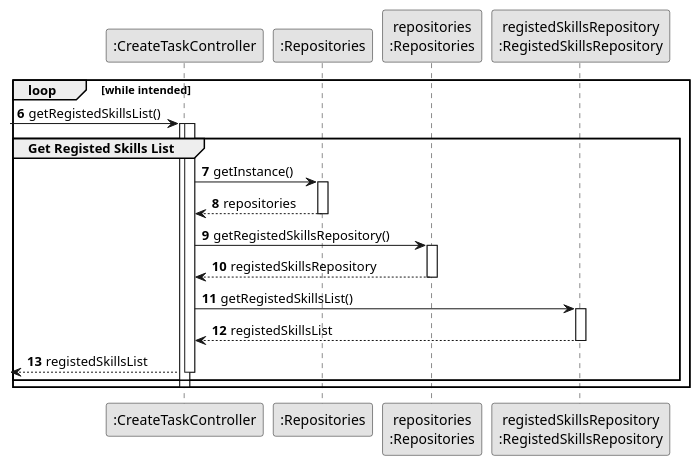
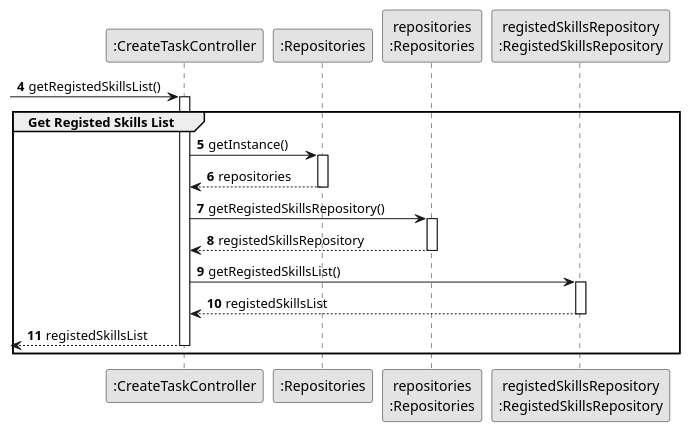
The diagram in docs/sprint2/us005/03.design/puml/us005-sequence-diagram-partial-registed-skills-list.puml (1231360-ISEP/lei-24-s2-1db-g021), drawn with PlantUML before and after one commit. The commit also changed 10 other files, not shown here.

Commit message:
Update US05 - Sequence Diagram Split, Full and Partial and SVG´s

```diff
--- a/docs/sprint2/us005/03.design/puml/us005-sequence-diagram-partial-registed-skills-list.puml
+++ b/docs/sprint2/us005/03.design/puml/us005-sequence-diagram-partial-registed-skills-list.puml
@@ -1,51 +1,43 @@
 @startuml
 skinparam monochrome true
 skinparam packageStyle rectangle
 skinparam shadowing false
 
 autonumber
 
 participant ":CreateTaskController" as CTRL
 participant ":Repositories" as RepositorySingleton
 participant "repositories\n:Repositories" as PLAT
 participant "registedSkillsRepository\n:RegistedSkillsRepository" as RegistedSkillsRepository
 
-autonumber 6
-
-loop while intended
-
+autonumber 4
 -> CTRL : getRegistedSkillsList()
 
-    activate CTRL
+activate CTRL
 
-    group Get Registed Skills List
+group Get Registed Skills List
 
-    activate CTRL
+    CTRL -> RepositorySingleton : getInstance()
+activate RepositorySingleton
 
-        CTRL -> RepositorySingleton : getInstance()
-    activate RepositorySingleton
+RepositorySingleton --> CTRL: repositories
+deactivate RepositorySingleton
 
-    RepositorySingleton --> CTRL: repositories
-    deactivate RepositorySingleton
+    CTRL -> PLAT : getRegistedSkillsRepository()
+activate PLAT
 
-        CTRL -> PLAT : getRegistedSkillsRepository()
-    activate PLAT
+PLAT --> CTRL: registedSkillsRepository
+deactivate PLAT
 
-    PLAT --> CTRL: registedSkillsRepository
-    deactivate PLAT
+    CTRL -> RegistedSkillsRepository : getRegistedSkillsList()
+activate RegistedSkillsRepository
 
-        CTRL -> RegistedSkillsRepository : getRegistedSkillsList()
-    activate RegistedSkillsRepository
+RegistedSkillsRepository --> CTRL : registedSkillsList
+deactivate RegistedSkillsRepository
 
-    RegistedSkillsRepository --> CTRL : registedSkillsList
-    deactivate RegistedSkillsRepository
+<-- CTRL : registedSkillsList
+deactivate CTRL
 
-    <-- CTRL : registedSkillsList
-    deactivate CTRL
-
-    end
-
-deactivate CTRL
 end
 
 @enduml
```
